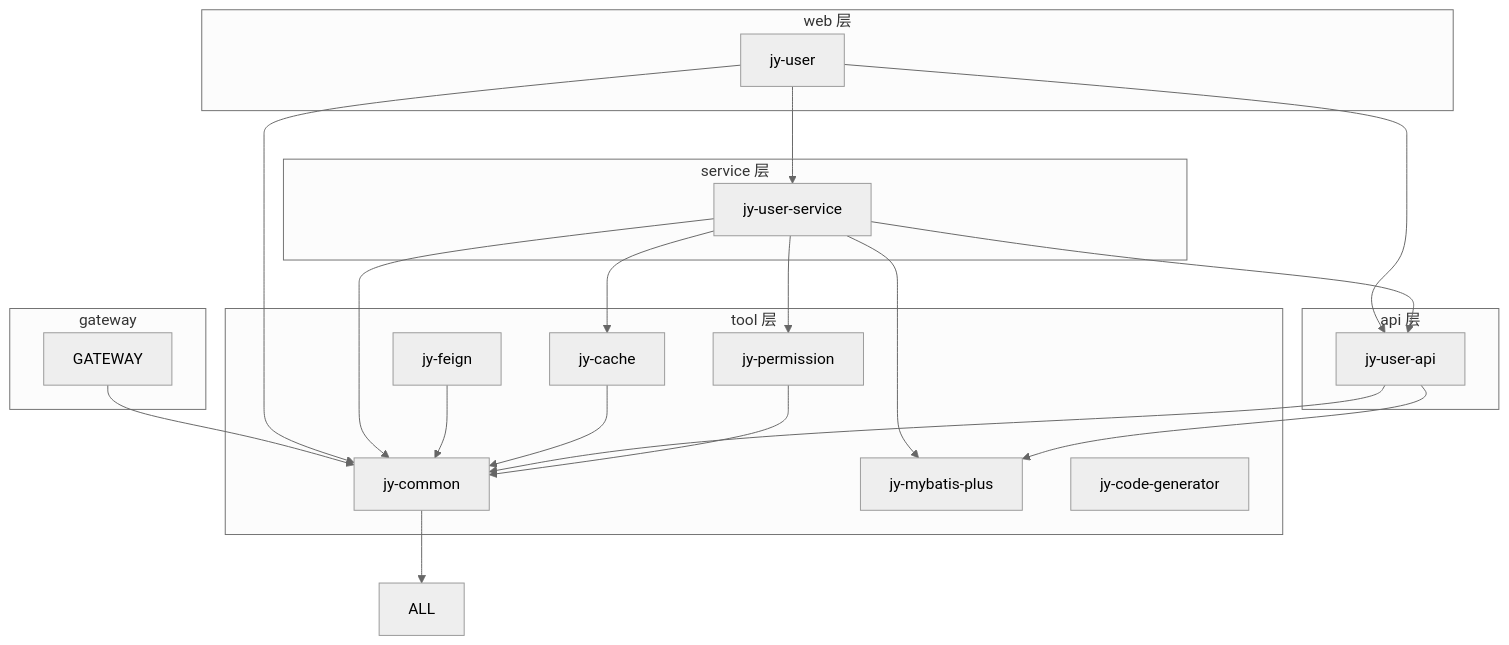
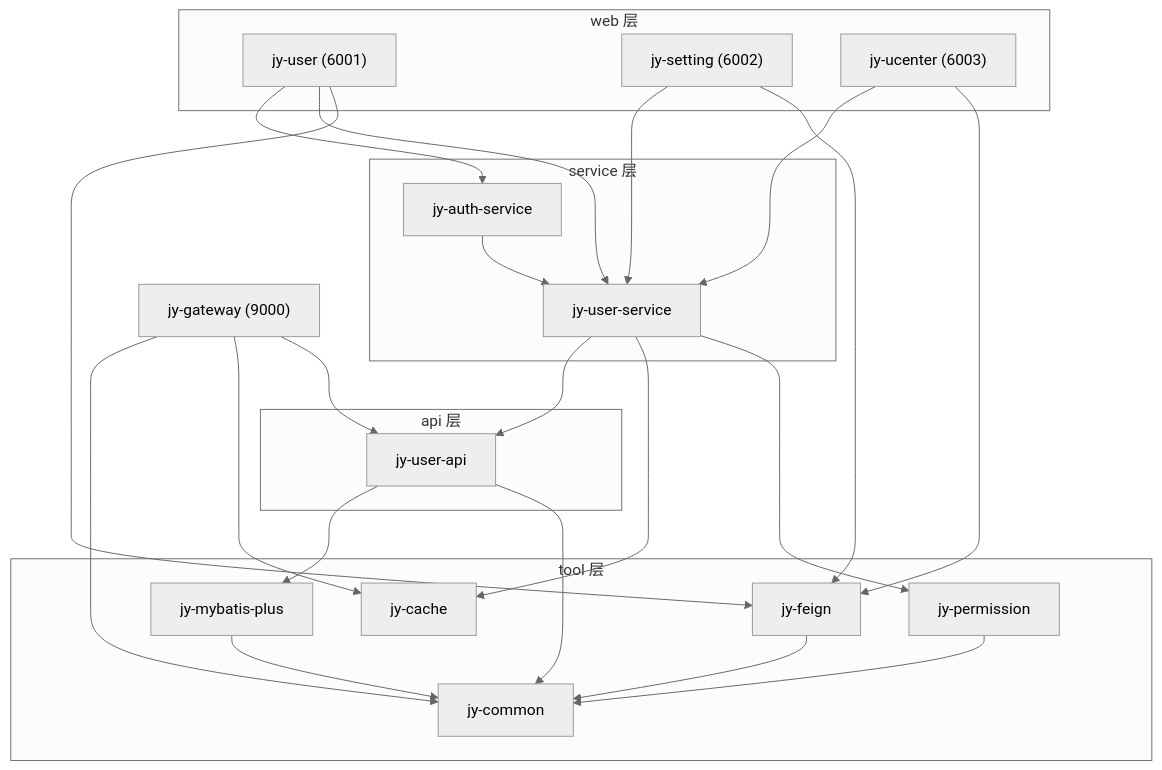
The third of 3 diagrams in README.md (qingshan87/jycloud), drawn with Mermaid (neutral theme) before and after one commit. The commit also changed other lines of this file and 47 other files, not shown here.

````diff
--- a/README.md
+++ b/README.md
@@ -231,47 +271,59 @@
 ```mermaid
 graph TD
-    COM["jy-common"] --> ALL
+    COM["jy-common"]
+    MP["jy-mybatis-plus"]
+    PERM["jy-permission"]
+    FEIGN["jy-feign"]
+    CACHE["jy-cache"]
+    API["jy-user-api"]
+    USERSVC["jy-user-service"]
+    AUTHSVC["jy-auth-service"]
 
     subgraph tool["tool 层"]
         COM
-        CACHE["jy-cache"]
-        FEIGN["jy-feign"]
-        MP["jy-mybatis-plus"]
-        PERM["jy-permission"]
-        GEN["jy-code-generator"]
+        MP
+        PERM
+        FEIGN
+        CACHE
     end
 
     subgraph api["api 层"]
-        USERAPI["jy-user-api"]
+        API
     end
 
-    PERM --> COM
-    USERAPI --> COM
-    USERAPI --> MP
-    CACHE --> COM
-    FEIGN --> COM
-
     subgraph service["service 层"]
-        USERSVC["jy-user-service"]
+        USERSVC
+        AUTHSVC
     end
 
     subgraph web["web 层"]
-        USERWEB["jy-user"]
+        WU["jy-user (6001)"]
+        WS["jy-setting (6002)"]
+        WC["jy-ucenter (6003)"]
     end
 
-    USERSVC --> USERAPI
-    USERSVC --> COM
-    USERSVC --> MP
+    GW["jy-gateway (9000)"]
+
+    MP --> COM
+    PERM --> COM
+    FEIGN --> COM
+    API --> MP
+    API --> COM
+
+    USERSVC --> API
     USERSVC --> CACHE
     USERSVC --> PERM
+    AUTHSVC --> USERSVC
 
-    USERWEB --> USERSVC
-    USERWEB --> USERAPI
-    USERWEB --> COM
+    WU --> AUTHSVC
+    WU --> USERSVC
+    WU --> FEIGN
+    WS --> USERSVC
+    WS --> FEIGN
+    WC --> USERSVC
+    WC --> FEIGN
 
-    subgraph GW["gateway"]
-        GATEWAY
-    end
-
-    GATEWAY --> COM
+    GW --> COM
+    GW --> CACHE
+    GW --> API
 ```
````
